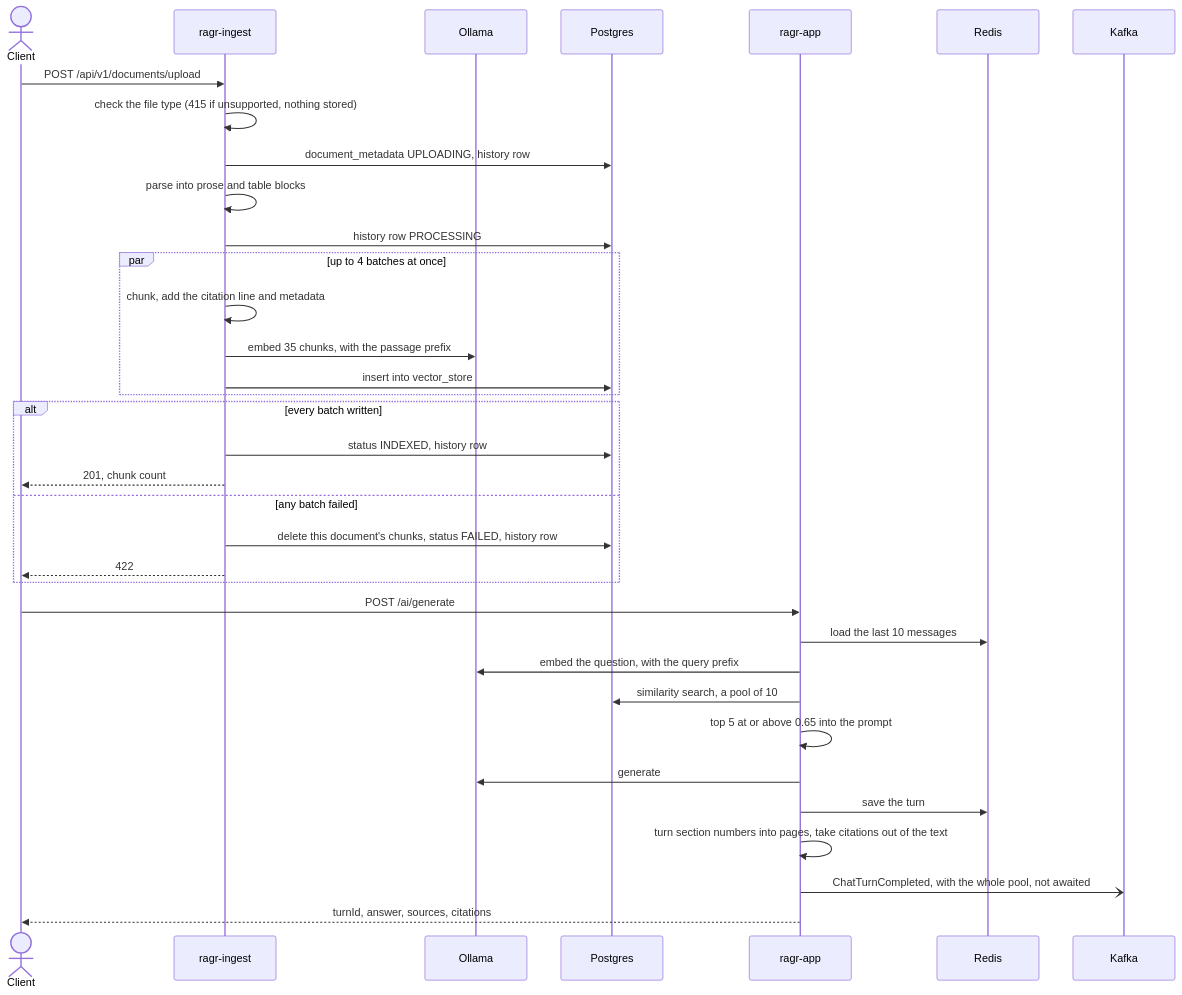
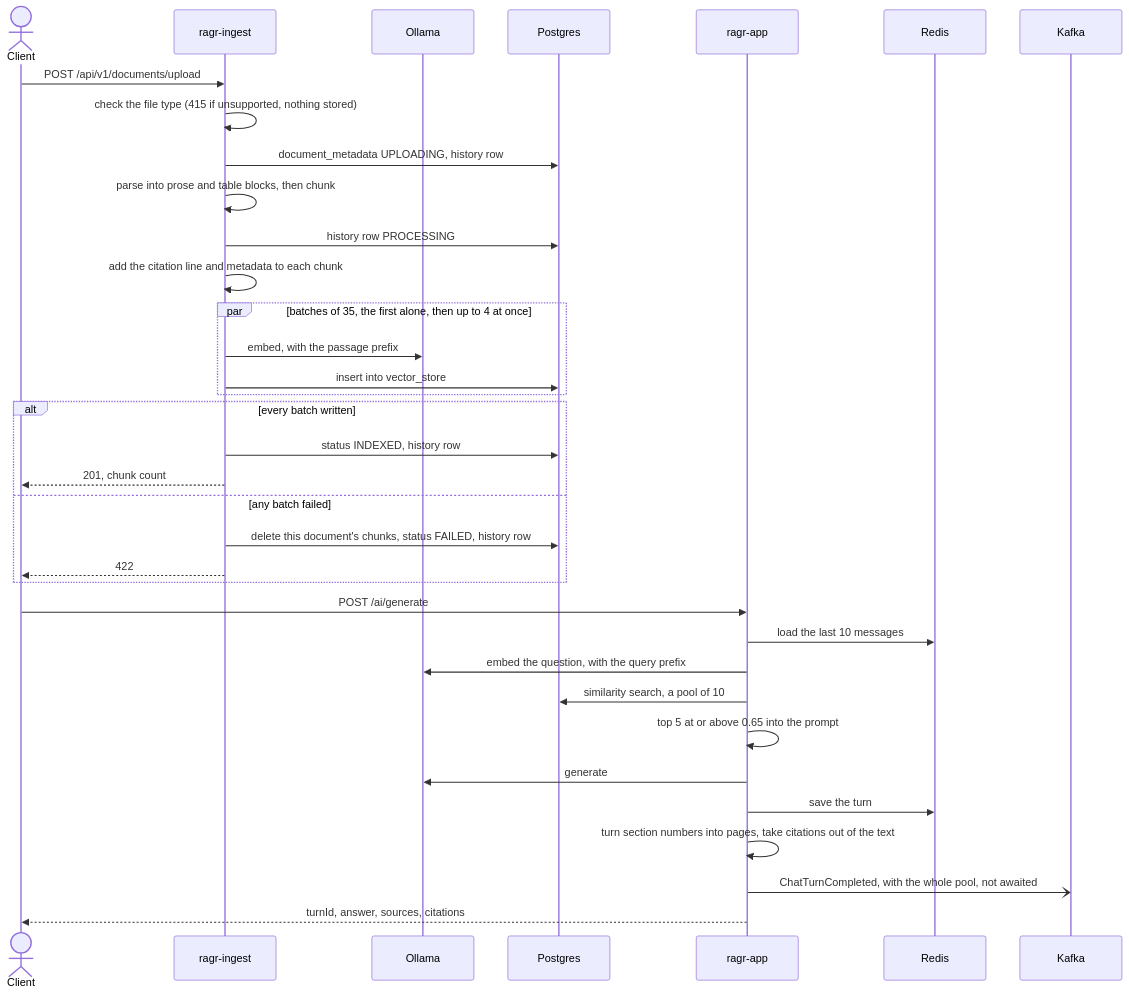
The second of 3 diagrams in README.md (subhanmishra/spring-ai), drawn with Mermaid before and after one commit. The commit also changed 121 other files, not shown here.

````diff
--- a/README.md
+++ b/README.md
@@ -117,39 +117,39 @@
 ```mermaid
 sequenceDiagram
     actor U as Client
     participant I as ragr-ingest
     participant O as Ollama
     participant P as Postgres
     participant C as ragr-app
     participant R as Redis
     participant K as Kafka
 
     U->>I: POST /api/v1/documents/upload
     I->>I: check the file type (415 if unsupported, nothing stored)
     I->>P: document_metadata UPLOADING, history row
-    I->>I: parse into prose and table blocks
+    I->>I: parse into prose and table blocks, then chunk
     I->>P: history row PROCESSING
-    par up to 4 batches at once
-        I->>I: chunk, add the citation line and metadata
-        I->>O: embed 35 chunks, with the passage prefix
+    I->>I: add the citation line and metadata to each chunk
+    par batches of 35, the first alone, then up to 4 at once
+        I->>O: embed, with the passage prefix
         I->>P: insert into vector_store
     end
     alt every batch written
         I->>P: status INDEXED, history row
         I-->>U: 201, chunk count
     else any batch failed
         I->>P: delete this document's chunks, status FAILED, history row
         I-->>U: 422
     end
 
     U->>C: POST /ai/generate
     C->>R: load the last 10 messages
     C->>O: embed the question, with the query prefix
     C->>P: similarity search, a pool of 10
     C->>C: top 5 at or above 0.65 into the prompt
     C->>O: generate
     C->>R: save the turn
     C->>C: turn section numbers into pages, take citations out of the text
     C-)K: ChatTurnCompleted, with the whole pool, not awaited
     C-->>U: turnId, answer, sources, citations
 ```
````
